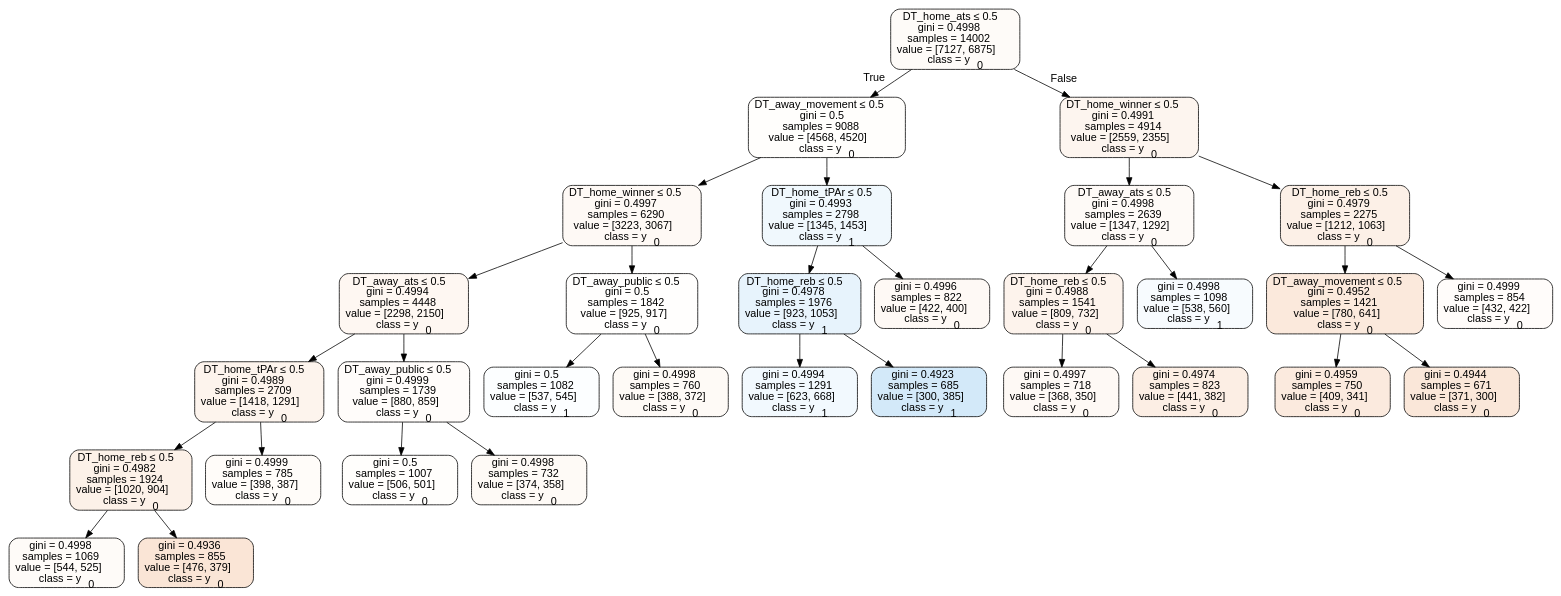
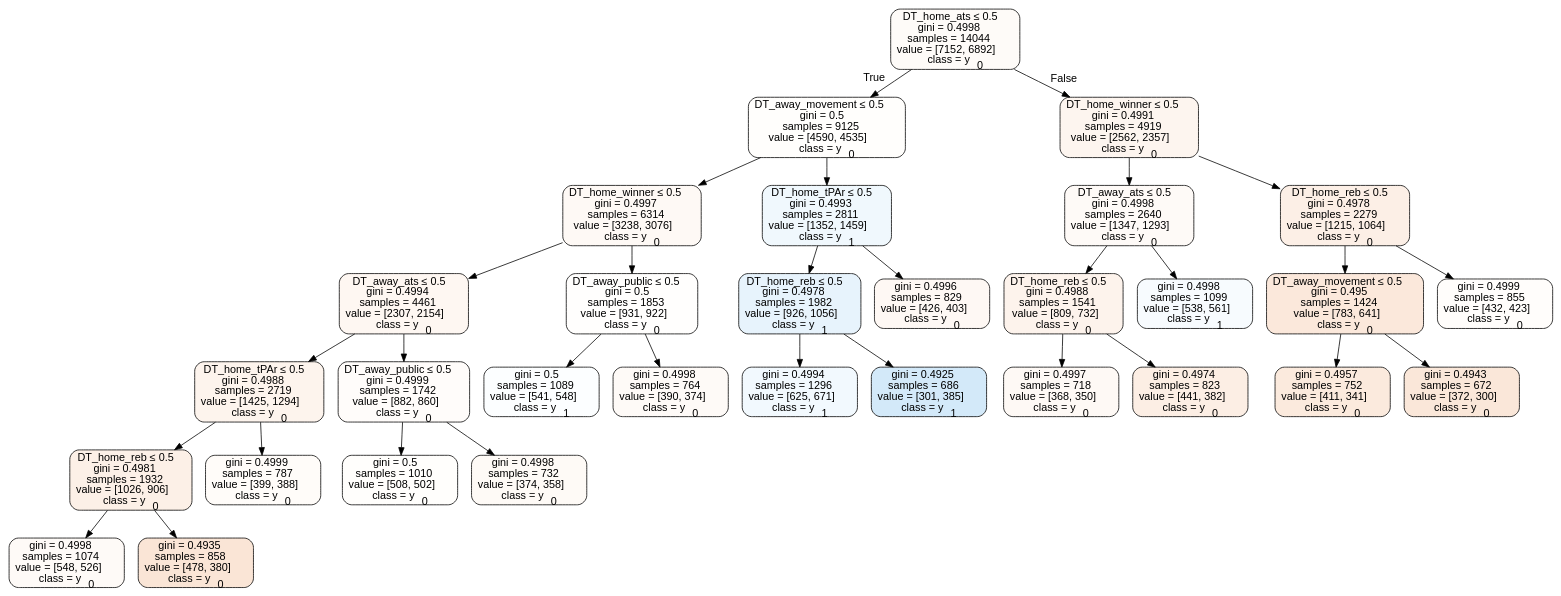
One commit to usbogie/ncaa-bets changed the diagram in tree_data/tree2013home.dot. Above: the diagram before and after it, drawn with Graphviz. The commit also changed 20 other files, not shown here.

```diff
--- a/tree_data/tree2013home.dot
+++ b/tree_data/tree2013home.dot
@@ -1,65 +1,65 @@
 digraph Tree {
 node [shape=box, style="filled, rounded", color="black", fontname=helvetica] ;
 edge [fontname=helvetica] ;
-0 [label=<DT_home_ats &le; 0.5<br/>gini = 0.4998<br/>samples = 14002<br/>value = [7127, 6875]<br/>class = y<SUB>0</SUB>>, fillcolor="#e5813909"] ;
-1 [label=<DT_away_movement &le; 0.5<br/>gini = 0.5<br/>samples = 9088<br/>value = [4568, 4520]<br/>class = y<SUB>0</SUB>>, fillcolor="#e5813903"] ;
+0 [label=<DT_home_ats &le; 0.5<br/>gini = 0.4998<br/>samples = 14044<br/>value = [7152, 6892]<br/>class = y<SUB>0</SUB>>, fillcolor="#e5813909"] ;
+1 [label=<DT_away_movement &le; 0.5<br/>gini = 0.5<br/>samples = 9125<br/>value = [4590, 4535]<br/>class = y<SUB>0</SUB>>, fillcolor="#e5813903"] ;
 0 -> 1 [labeldistance=2.5, labelangle=45, headlabel="True"] ;
-2 [label=<DT_home_winner &le; 0.5<br/>gini = 0.4997<br/>samples = 6290<br/>value = [3223, 3067]<br/>class = y<SUB>0</SUB>>, fillcolor="#e581390c"] ;
+2 [label=<DT_home_winner &le; 0.5<br/>gini = 0.4997<br/>samples = 6314<br/>value = [3238, 3076]<br/>class = y<SUB>0</SUB>>, fillcolor="#e581390d"] ;
 1 -> 2 ;
-3 [label=<DT_away_ats &le; 0.5<br/>gini = 0.4994<br/>samples = 4448<br/>value = [2298, 2150]<br/>class = y<SUB>0</SUB>>, fillcolor="#e5813910"] ;
+3 [label=<DT_away_ats &le; 0.5<br/>gini = 0.4994<br/>samples = 4461<br/>value = [2307, 2154]<br/>class = y<SUB>0</SUB>>, fillcolor="#e5813911"] ;
 2 -> 3 ;
-4 [label=<DT_home_tPAr &le; 0.5<br/>gini = 0.4989<br/>samples = 2709<br/>value = [1418, 1291]<br/>class = y<SUB>0</SUB>>, fillcolor="#e5813917"] ;
+4 [label=<DT_home_tPAr &le; 0.5<br/>gini = 0.4988<br/>samples = 2719<br/>value = [1425, 1294]<br/>class = y<SUB>0</SUB>>, fillcolor="#e5813917"] ;
 3 -> 4 ;
-5 [label=<DT_home_reb &le; 0.5<br/>gini = 0.4982<br/>samples = 1924<br/>value = [1020, 904]<br/>class = y<SUB>0</SUB>>, fillcolor="#e581391d"] ;
+5 [label=<DT_home_reb &le; 0.5<br/>gini = 0.4981<br/>samples = 1932<br/>value = [1026, 906]<br/>class = y<SUB>0</SUB>>, fillcolor="#e581391e"] ;
 4 -> 5 ;
-6 [label=<gini = 0.4998<br/>samples = 1069<br/>value = [544, 525]<br/>class = y<SUB>0</SUB>>, fillcolor="#e5813909"] ;
+6 [label=<gini = 0.4998<br/>samples = 1074<br/>value = [548, 526]<br/>class = y<SUB>0</SUB>>, fillcolor="#e581390a"] ;
 5 -> 6 ;
-7 [label=<gini = 0.4936<br/>samples = 855<br/>value = [476, 379]<br/>class = y<SUB>0</SUB>>, fillcolor="#e5813934"] ;
+7 [label=<gini = 0.4935<br/>samples = 858<br/>value = [478, 380]<br/>class = y<SUB>0</SUB>>, fillcolor="#e5813934"] ;
 5 -> 7 ;
-8 [label=<gini = 0.4999<br/>samples = 785<br/>value = [398, 387]<br/>class = y<SUB>0</SUB>>, fillcolor="#e5813907"] ;
+8 [label=<gini = 0.4999<br/>samples = 787<br/>value = [399, 388]<br/>class = y<SUB>0</SUB>>, fillcolor="#e5813907"] ;
 4 -> 8 ;
-9 [label=<DT_away_public &le; 0.5<br/>gini = 0.4999<br/>samples = 1739<br/>value = [880, 859]<br/>class = y<SUB>0</SUB>>, fillcolor="#e5813906"] ;
+9 [label=<DT_away_public &le; 0.5<br/>gini = 0.4999<br/>samples = 1742<br/>value = [882, 860]<br/>class = y<SUB>0</SUB>>, fillcolor="#e5813906"] ;
 3 -> 9 ;
-10 [label=<gini = 0.5<br/>samples = 1007<br/>value = [506, 501]<br/>class = y<SUB>0</SUB>>, fillcolor="#e5813903"] ;
+10 [label=<gini = 0.5<br/>samples = 1010<br/>value = [508, 502]<br/>class = y<SUB>0</SUB>>, fillcolor="#e5813903"] ;
 9 -> 10 ;
 11 [label=<gini = 0.4998<br/>samples = 732<br/>value = [374, 358]<br/>class = y<SUB>0</SUB>>, fillcolor="#e581390b"] ;
 9 -> 11 ;
-12 [label=<DT_away_public &le; 0.5<br/>gini = 0.5<br/>samples = 1842<br/>value = [925, 917]<br/>class = y<SUB>0</SUB>>, fillcolor="#e5813902"] ;
+12 [label=<DT_away_public &le; 0.5<br/>gini = 0.5<br/>samples = 1853<br/>value = [931, 922]<br/>class = y<SUB>0</SUB>>, fillcolor="#e5813902"] ;
 2 -> 12 ;
-13 [label=<gini = 0.5<br/>samples = 1082<br/>value = [537, 545]<br/>class = y<SUB>1</SUB>>, fillcolor="#399de504"] ;
+13 [label=<gini = 0.5<br/>samples = 1089<br/>value = [541, 548]<br/>class = y<SUB>1</SUB>>, fillcolor="#399de503"] ;
 12 -> 13 ;
-14 [label=<gini = 0.4998<br/>samples = 760<br/>value = [388, 372]<br/>class = y<SUB>0</SUB>>, fillcolor="#e581390b"] ;
+14 [label=<gini = 0.4998<br/>samples = 764<br/>value = [390, 374]<br/>class = y<SUB>0</SUB>>, fillcolor="#e581390a"] ;
 12 -> 14 ;
-15 [label=<DT_home_tPAr &le; 0.5<br/>gini = 0.4993<br/>samples = 2798<br/>value = [1345, 1453]<br/>class = y<SUB>1</SUB>>, fillcolor="#399de513"] ;
+15 [label=<DT_home_tPAr &le; 0.5<br/>gini = 0.4993<br/>samples = 2811<br/>value = [1352, 1459]<br/>class = y<SUB>1</SUB>>, fillcolor="#399de513"] ;
 1 -> 15 ;
-16 [label=<DT_home_reb &le; 0.5<br/>gini = 0.4978<br/>samples = 1976<br/>value = [923, 1053]<br/>class = y<SUB>1</SUB>>, fillcolor="#399de51f"] ;
+16 [label=<DT_home_reb &le; 0.5<br/>gini = 0.4978<br/>samples = 1982<br/>value = [926, 1056]<br/>class = y<SUB>1</SUB>>, fillcolor="#399de51f"] ;
 15 -> 16 ;
-17 [label=<gini = 0.4994<br/>samples = 1291<br/>value = [623, 668]<br/>class = y<SUB>1</SUB>>, fillcolor="#399de511"] ;
+17 [label=<gini = 0.4994<br/>samples = 1296<br/>value = [625, 671]<br/>class = y<SUB>1</SUB>>, fillcolor="#399de511"] ;
 16 -> 17 ;
-18 [label=<gini = 0.4923<br/>samples = 685<br/>value = [300, 385]<br/>class = y<SUB>1</SUB>>, fillcolor="#399de538"] ;
+18 [label=<gini = 0.4925<br/>samples = 686<br/>value = [301, 385]<br/>class = y<SUB>1</SUB>>, fillcolor="#399de538"] ;
 16 -> 18 ;
-19 [label=<gini = 0.4996<br/>samples = 822<br/>value = [422, 400]<br/>class = y<SUB>0</SUB>>, fillcolor="#e581390d"] ;
+19 [label=<gini = 0.4996<br/>samples = 829<br/>value = [426, 403]<br/>class = y<SUB>0</SUB>>, fillcolor="#e581390e"] ;
 15 -> 19 ;
-20 [label=<DT_home_winner &le; 0.5<br/>gini = 0.4991<br/>samples = 4914<br/>value = [2559, 2355]<br/>class = y<SUB>0</SUB>>, fillcolor="#e5813914"] ;
+20 [label=<DT_home_winner &le; 0.5<br/>gini = 0.4991<br/>samples = 4919<br/>value = [2562, 2357]<br/>class = y<SUB>0</SUB>>, fillcolor="#e5813914"] ;
 0 -> 20 [labeldistance=2.5, labelangle=-45, headlabel="False"] ;
-21 [label=<DT_away_ats &le; 0.5<br/>gini = 0.4998<br/>samples = 2639<br/>value = [1347, 1292]<br/>class = y<SUB>0</SUB>>, fillcolor="#e581390a"] ;
+21 [label=<DT_away_ats &le; 0.5<br/>gini = 0.4998<br/>samples = 2640<br/>value = [1347, 1293]<br/>class = y<SUB>0</SUB>>, fillcolor="#e581390a"] ;
 20 -> 21 ;
 22 [label=<DT_home_reb &le; 0.5<br/>gini = 0.4988<br/>samples = 1541<br/>value = [809, 732]<br/>class = y<SUB>0</SUB>>, fillcolor="#e5813918"] ;
 21 -> 22 ;
 23 [label=<gini = 0.4997<br/>samples = 718<br/>value = [368, 350]<br/>class = y<SUB>0</SUB>>, fillcolor="#e581390c"] ;
 22 -> 23 ;
 24 [label=<gini = 0.4974<br/>samples = 823<br/>value = [441, 382]<br/>class = y<SUB>0</SUB>>, fillcolor="#e5813922"] ;
 22 -> 24 ;
-25 [label=<gini = 0.4998<br/>samples = 1098<br/>value = [538, 560]<br/>class = y<SUB>1</SUB>>, fillcolor="#399de50a"] ;
+25 [label=<gini = 0.4998<br/>samples = 1099<br/>value = [538, 561]<br/>class = y<SUB>1</SUB>>, fillcolor="#399de50a"] ;
 21 -> 25 ;
-26 [label=<DT_home_reb &le; 0.5<br/>gini = 0.4979<br/>samples = 2275<br/>value = [1212, 1063]<br/>class = y<SUB>0</SUB>>, fillcolor="#e581391f"] ;
+26 [label=<DT_home_reb &le; 0.5<br/>gini = 0.4978<br/>samples = 2279<br/>value = [1215, 1064]<br/>class = y<SUB>0</SUB>>, fillcolor="#e5813920"] ;
 20 -> 26 ;
-27 [label=<DT_away_movement &le; 0.5<br/>gini = 0.4952<br/>samples = 1421<br/>value = [780, 641]<br/>class = y<SUB>0</SUB>>, fillcolor="#e581392d"] ;
+27 [label=<DT_away_movement &le; 0.5<br/>gini = 0.495<br/>samples = 1424<br/>value = [783, 641]<br/>class = y<SUB>0</SUB>>, fillcolor="#e581392e"] ;
 26 -> 27 ;
-28 [label=<gini = 0.4959<br/>samples = 750<br/>value = [409, 341]<br/>class = y<SUB>0</SUB>>, fillcolor="#e581392a"] ;
+28 [label=<gini = 0.4957<br/>samples = 752<br/>value = [411, 341]<br/>class = y<SUB>0</SUB>>, fillcolor="#e581392b"] ;
 27 -> 28 ;
-29 [label=<gini = 0.4944<br/>samples = 671<br/>value = [371, 300]<br/>class = y<SUB>0</SUB>>, fillcolor="#e5813931"] ;
+29 [label=<gini = 0.4943<br/>samples = 672<br/>value = [372, 300]<br/>class = y<SUB>0</SUB>>, fillcolor="#e5813931"] ;
 27 -> 29 ;
-30 [label=<gini = 0.4999<br/>samples = 854<br/>value = [432, 422]<br/>class = y<SUB>0</SUB>>, fillcolor="#e5813906"] ;
+30 [label=<gini = 0.4999<br/>samples = 855<br/>value = [432, 423]<br/>class = y<SUB>0</SUB>>, fillcolor="#e5813905"] ;
 26 -> 30 ;
 }
```
